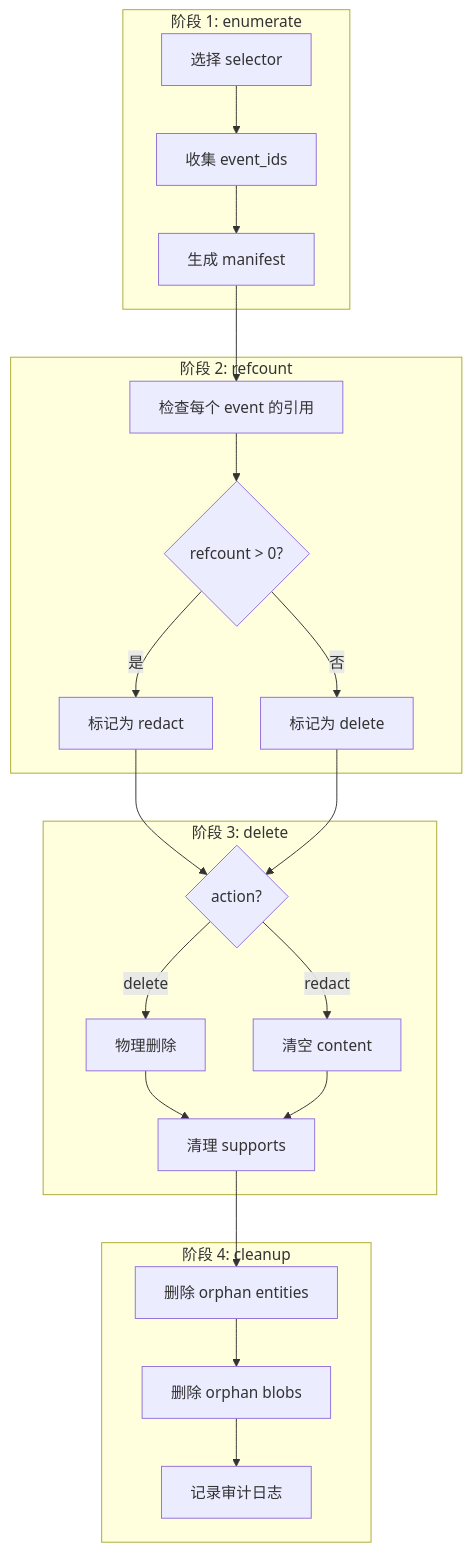
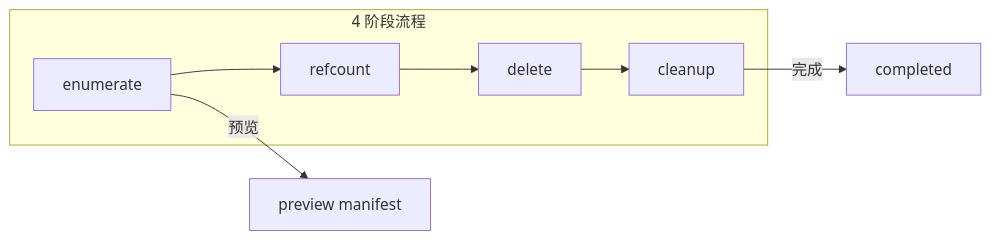
Before and after one commit to pty819/cortex-py-book: the diagram in source/chapters/12-erasures.md, drawn with Mermaid. The commit also changed other lines of this file and 18 other files, not shown here.

First line of the commit message:
docs: refresh book with latest cortex-py architecture

````diff
--- a/source/chapters/12-erasures.md
+++ b/source/chapters/12-erasures.md
@@ -16,31 +7,11 @@
 ```{mermaid}
-flowchart TD
-    subgraph "阶段 1: enumerate"
-        A[选择 selector] --> B[收集 event_ids]
-        B --> C[生成 manifest]
+graph LR
+    subgraph 4 阶段流程
+        A[enumerate] --> B[refcount]
+        B --> C[delete]
+        C --> D[cleanup]
     end
     
-    subgraph "阶段 2: refcount"
-        D[检查每个 event 的引用] --> E{refcount > 0?}
-        E -->|是| F[标记为 redact]
-        E -->|否| G[标记为 delete]
-    end
-    
-    subgraph "阶段 3: delete"
-        H{action?} -->|delete| I[物理删除]
-        H -->|redact| J[清空 content]
-        I --> K[清理 supports]
-        J --> K
-    end
-    
-    subgraph "阶段 4: cleanup"
-        L[删除 orphan entities]
-        L --> M[删除 orphan blobs]
-        M --> N[记录审计日志]
-    end
-    
-    C --> D
-    F --> H
-    G --> H
-    K --> L
+    D -->|完成| E[completed]
+    A -->|预览| F[preview manifest]
 ```
````
